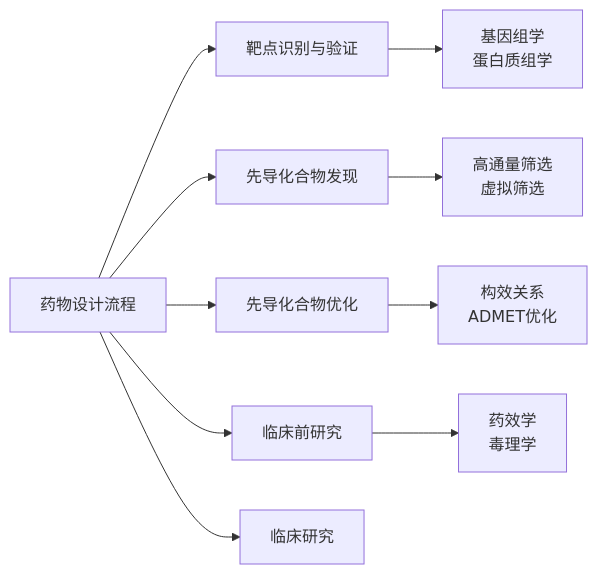
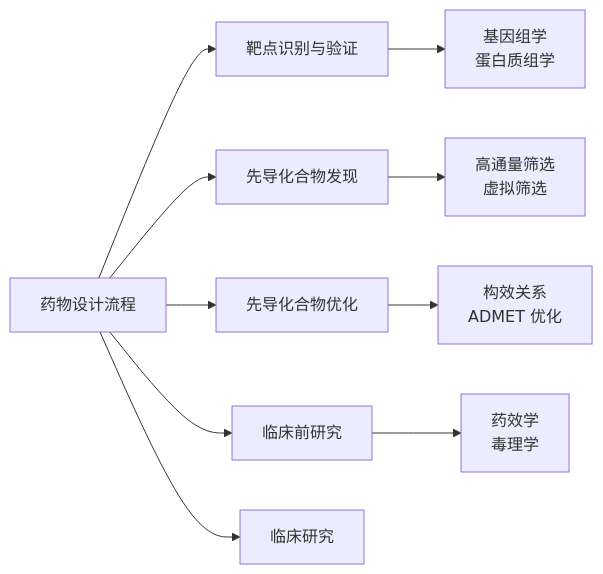
Before and after one commit to Tianshang301/TianshangKnowledgeBase: the first of 2 diagrams in 04_EngineeringAndTechnology/ChemicalAndPharmaceuticalEngineering/PharmaceuticalEngineering/DrugDesign.md, drawn with Mermaid. The commit also changed other lines of this file and 2257 other files, not shown here.

````diff
--- a/04_EngineeringAndTechnology/ChemicalAndPharmaceuticalEngineering/PharmaceuticalEngineering/DrugDesign.md
+++ b/04_EngineeringAndTechnology/ChemicalAndPharmaceuticalEngineering/PharmaceuticalEngineering/DrugDesign.md
@@ -14,13 +16,13 @@
 ```mermaid
 graph LR
     A[药物设计流程] --> B[靶点识别与验证]
     A --> C[先导化合物发现]
     A --> D[先导化合物优化]
     A --> E[临床前研究]
     A --> F[临床研究]
     
     B --> G[基因组学<br/>蛋白质组学]
     C --> H[高通量筛选<br/>虚拟筛选]
-    D --> I[构效关系<br/>ADMET优化]
+    D --> I[构效关系<br/>ADMET 优化]
     E --> J[药效学<br/>毒理学]
 ```
````
